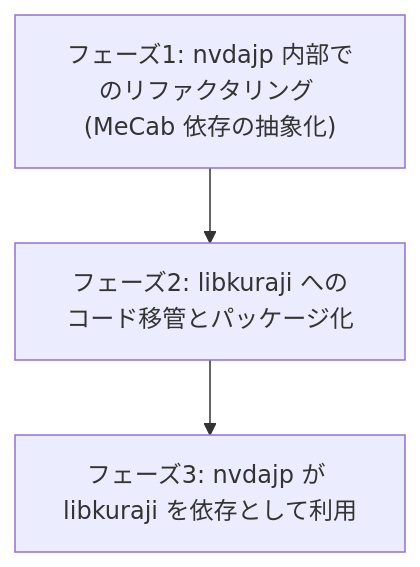
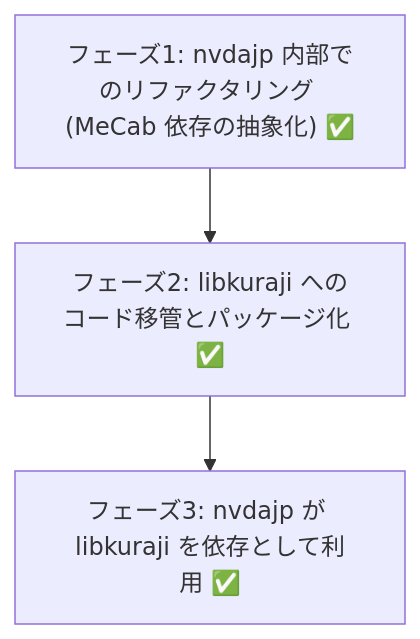
One commit to nvdajp/nvdajp changed the diagram in projectDocs/jp/braille-engine-decoupling-plan.md. Above: the diagram before and after it, drawn with Mermaid. The commit also changed other lines of this file and 1 other file, not shown here.

First line of the commit message:
Document completion of the libkuraji decoupling plan (phases 1-3)

````diff
--- a/projectDocs/jp/braille-engine-decoupling-plan.md
+++ b/projectDocs/jp/braille-engine-decoupling-plan.md
@@ -82,5 +88,5 @@
 ```mermaid
 graph TD
-    A["フェーズ1: nvdajp 内部でのリファクタリング (MeCab 依存の抽象化)"] --> B["フェーズ2: libkuraji へのコード移管とパッケージ化"]
-    B --> C["フェーズ3: nvdajp が libkuraji を依存として利用"]
+    A["フェーズ1: nvdajp 内部でのリファクタリング (MeCab 依存の抽象化) ✅"] --> B["フェーズ2: libkuraji へのコード移管とパッケージ化 ✅"]
+    B --> C["フェーズ3: nvdajp が libkuraji を依存として利用 ✅"]
 ```
````
